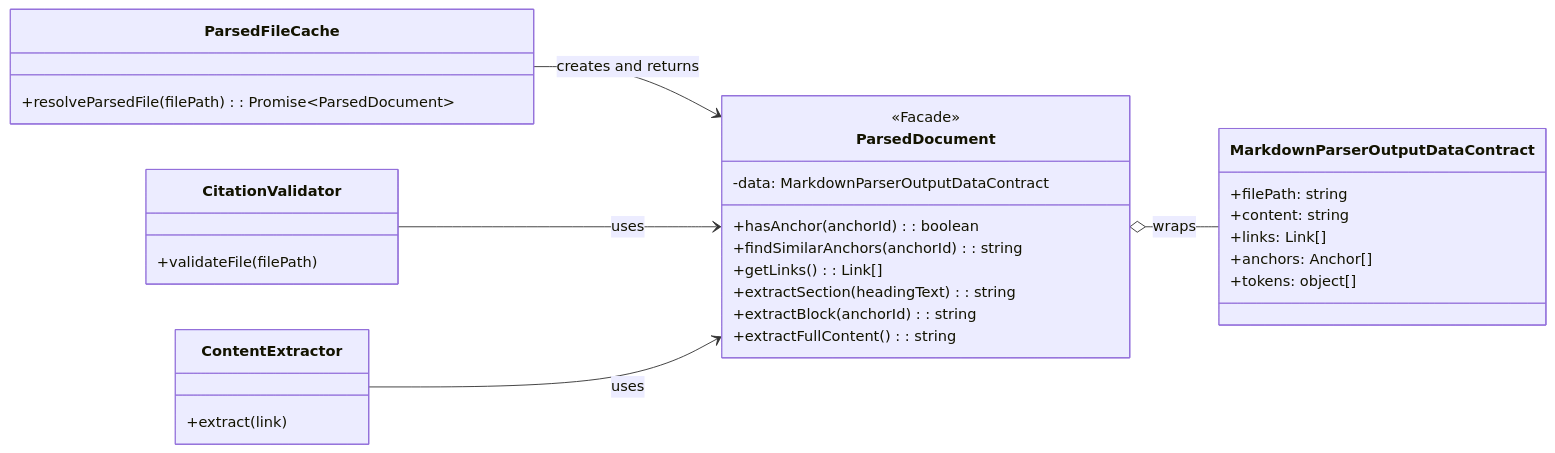
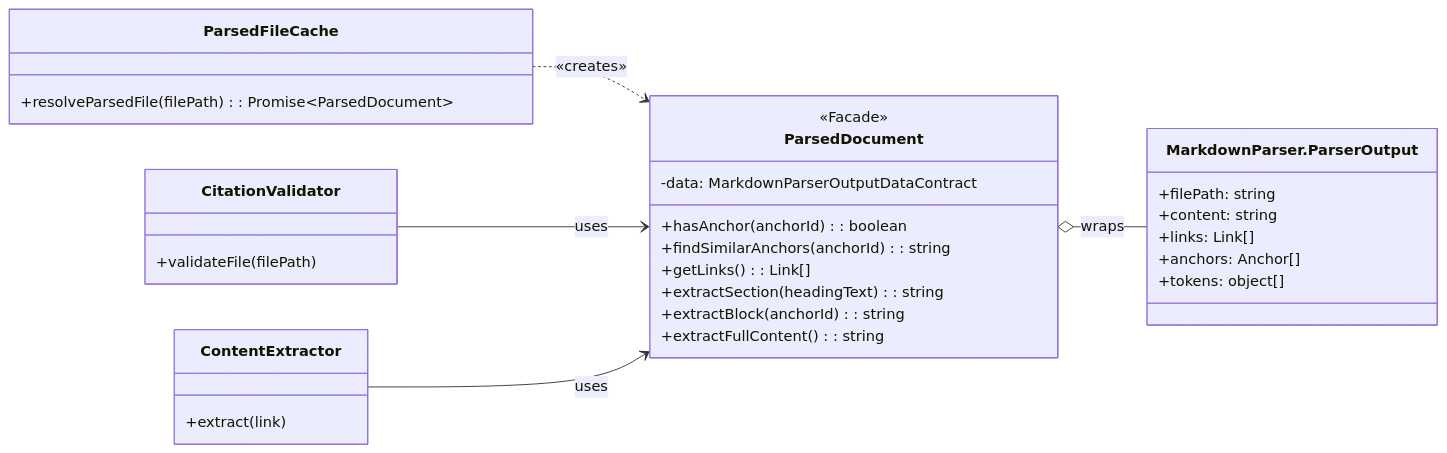
One commit to WesleyMFrederick/cc-workflows changed the diagram in tools/citation-manager/design-docs/component-guides/ParsedDocument Implementation Guide.md. Above: the diagram before and after it, drawn with Mermaid. The commit also changed 3 other files, not shown here.

````diff
--- a/tools/citation-manager/design-docs/component-guides/ParsedDocument Implementation Guide.md
+++ b/tools/citation-manager/design-docs/component-guides/ParsedDocument Implementation Guide.md
@@ -36,40 +36,40 @@
 ```mermaid
 classDiagram
     direction LR
 
     class ParsedFileCache {
         +resolveParsedFile(filePath): Promise~ParsedDocument~
     }
 
     class ParsedDocument {
         <<Facade>>
         -data: MarkdownParserOutputDataContract
         +hasAnchor(anchorId): boolean
         +findSimilarAnchors(anchorId): string
         +getLinks(): Link[]
         +extractSection(headingText): string
         +extractBlock(anchorId): string
         +extractFullContent(): string
     }
 
     class CitationValidator {
         +validateFile(filePath)
     }
 
     class ContentExtractor {
         +extract(link)
     }
 
-    class MarkdownParserOutputDataContract {
+    class MarkdownParser.ParserOutput {
         +filePath: string
         +content: string
         +links: Link[]
         +anchors: Anchor[]
         +tokens: object[]
     }
 
-    ParsedFileCache --> ParsedDocument : creates and returns
+    ParsedFileCache ..> ParsedDocument : «creates»
     CitationValidator --> ParsedDocument : uses
     ContentExtractor --> ParsedDocument : uses
-    ParsedDocument o-- MarkdownParserOutputDataContract : wraps
+    ParsedDocument o-- MarkdownParser.ParserOutput : wraps
 ```
````
